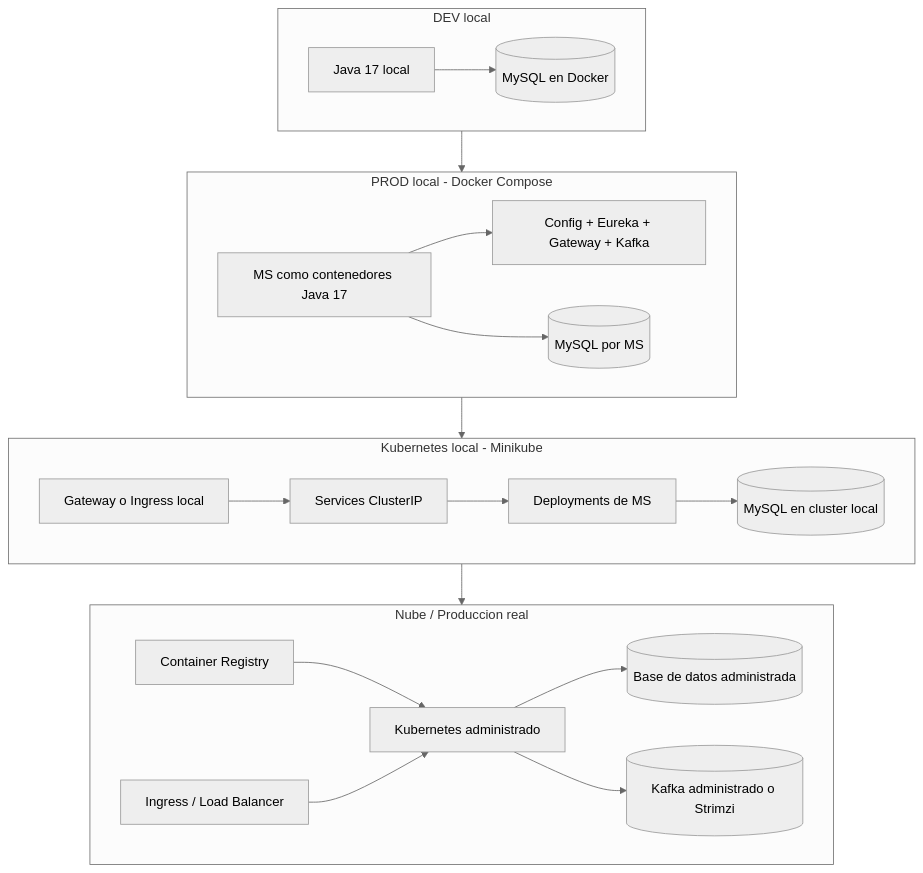
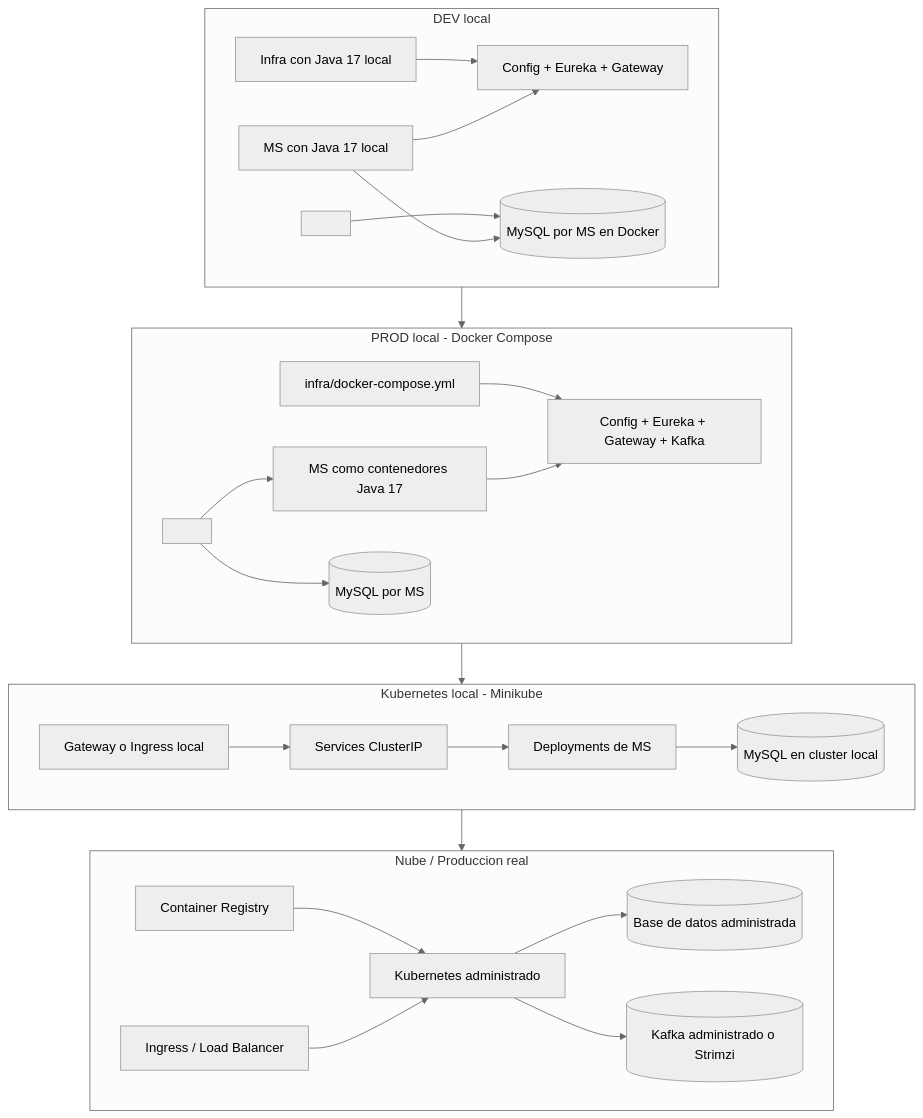
One commit to 262dist/pagatu changed the fifth of 5 diagrams in README.md. Above: the diagram before and after it, drawn with Mermaid (neutral theme). The commit also changed other lines of this file, not shown here.

````diff
--- a/README.md
+++ b/README.md
@@ -164,40 +164,50 @@
 ```mermaid
 flowchart TB
     subgraph dev[DEV local]
-        devjava[Java 17 local]
-        devmysql[(MySQL en Docker)]
+        devjava[MS con Java 17 local]
+        devinfra[Infra con Java 17 local]
+        devmscompose[<ms>/docker-compose-dev.yml]
+        devshared[Config + Eureka + Gateway]
+        devmysql[(MySQL por MS en Docker)]
+        devinfra --> devshared
+        devmscompose --> devmysql
+        devjava --> devshared
         devjava --> devmysql
     end
 
     subgraph compose[PROD local - Docker Compose]
+        infracompose[infra/docker-compose.yml]
+        mscompose[<ms>/docker-compose.yml]
+        composeinfra[Config + Eureka + Gateway + Kafka]
         composems[MS como contenedores Java 17]
-        composeinfra[Config + Eureka + Gateway + Kafka]
         composedb[(MySQL por MS)]
+        infracompose --> composeinfra
+        mscompose --> composems
+        mscompose --> composedb
         composems --> composeinfra
-        composems --> composedb
     end
 
     subgraph k8slocal[Kubernetes local - Minikube]
         k8sdeploy[Deployments de MS]
         k8ssvc[Services ClusterIP]
         k8sdb[(MySQL en cluster local)]
         k8sing[Gateway o Ingress local]
         k8sing --> k8ssvc
         k8ssvc --> k8sdeploy
         k8sdeploy --> k8sdb
     end
 
     subgraph cloud[Nube / Produccion real]
         cloudk8s[Kubernetes administrado]
         registry[Container Registry]
         manageddb[(Base de datos administrada)]
         managedkafka[(Kafka administrado o Strimzi)]
         ingress[Ingress / Load Balancer]
         registry --> cloudk8s
         ingress --> cloudk8s
         cloudk8s --> manageddb
         cloudk8s --> managedkafka
     end
 
     dev --> compose --> k8slocal --> cloud
 ```
````
